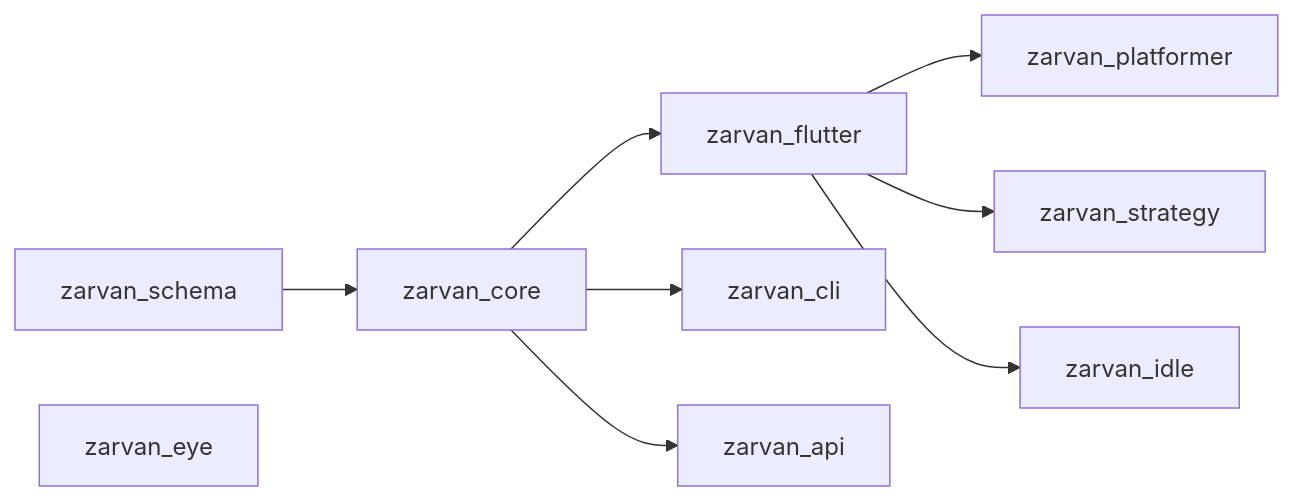
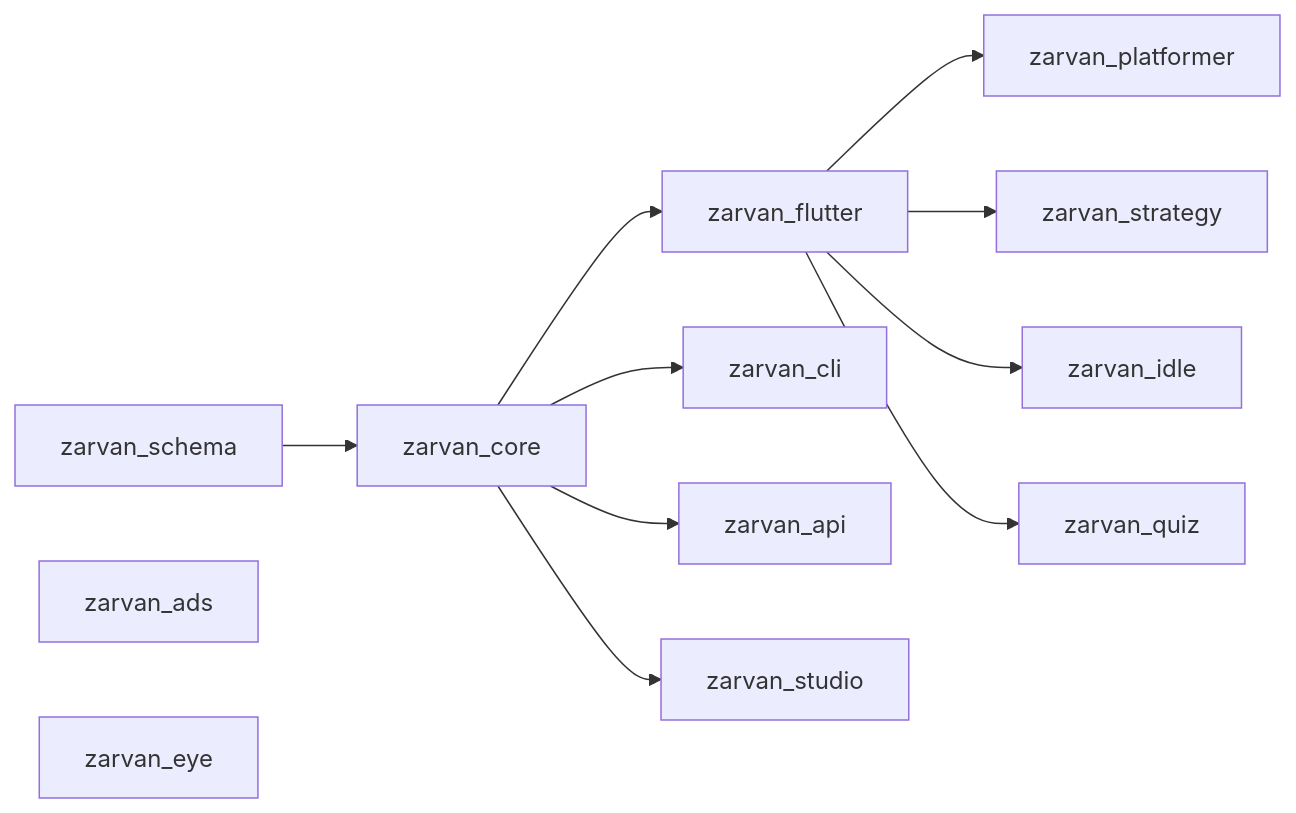
One commit to arashrasoulzadeh/zarvan changed the diagram in docs/packages.md. Above: the diagram before and after it, drawn with Mermaid. The commit also changed other lines of this file and 20 other files, not shown here.

First line of the commit message:
docs: per-package pages, quiz/ads/Eye engine docs

````diff
--- a/docs/packages.md
+++ b/docs/packages.md
@@ -6,11 +6,14 @@
 ```mermaid
 flowchart LR
     schema[zarvan_schema] --> core[zarvan_core]
     core --> flutter[zarvan_flutter]
     flutter --> platformer[zarvan_platformer]
     flutter --> strategy[zarvan_strategy]
     flutter --> idle[zarvan_idle]
     core --> cli[zarvan_cli]
     core --> api[zarvan_api]
+    flutter --> quiz[zarvan_quiz]
+    ads[zarvan_ads]
     eye[zarvan_eye]
+    core --> studio[zarvan_studio]
 ```
````
